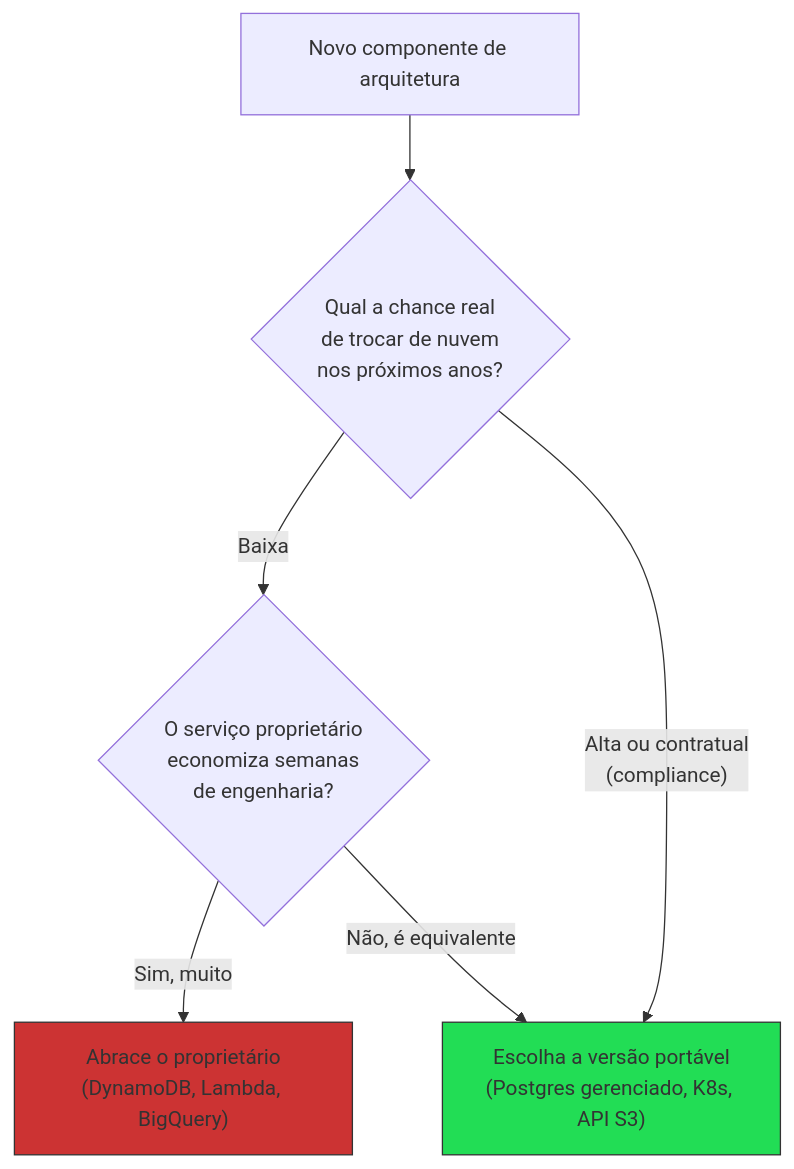
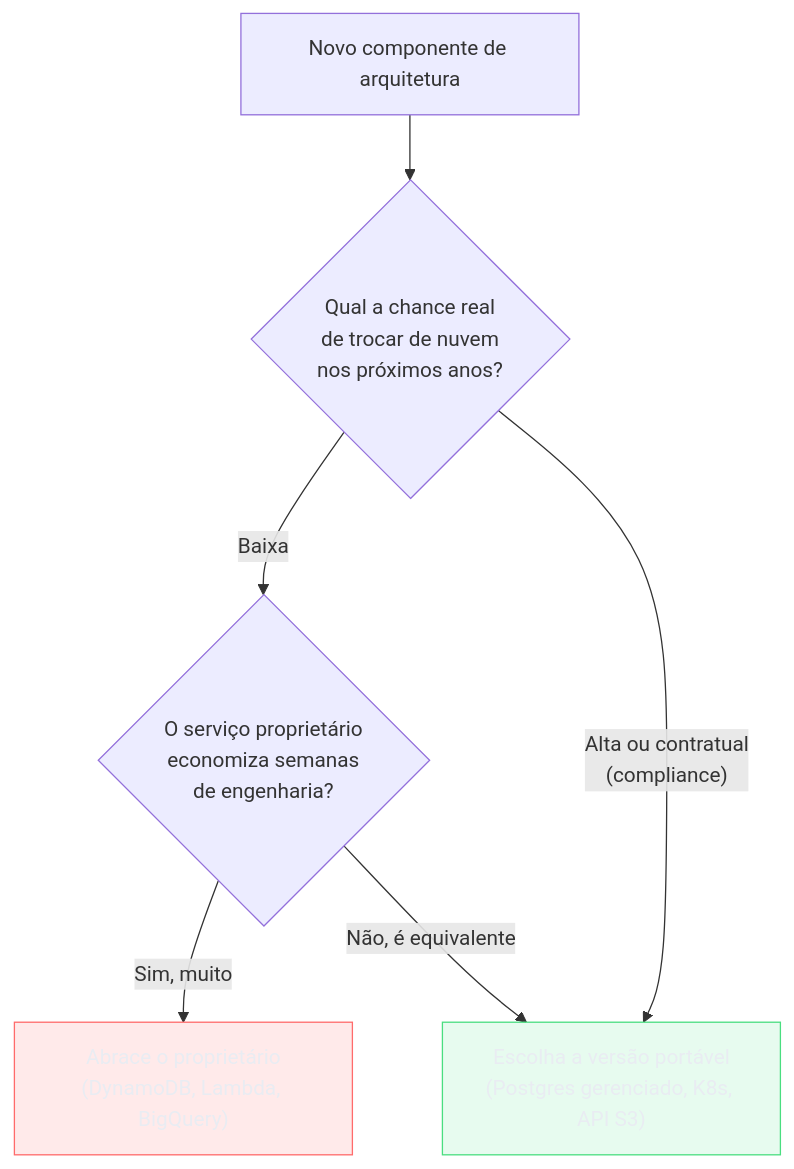
One commit to josenaldo/codex-technomanticus changed the third of 3 diagrams in 03-Dominios/Tecnologia/Cloud/23 - Panorama multi-cloud e portabilidade/05 - Lock-in e portabilidade — Kubernetes como camada.md. Above: the diagram before and after it, drawn with Mermaid. The commit also changed other lines of this file and 1181 other files, not shown here.

First line of the commit message:
fix(diagramas): paleta do sistema no lugar de cor cravada no markdown

````diff
--- a/03-Dominios/Tecnologia/Cloud/23 - Panorama multi-cloud e portabilidade/05 - Lock-in e portabilidade — Kubernetes como camada.md
+++ b/03-Dominios/Tecnologia/Cloud/23 - Panorama multi-cloud e portabilidade/05 - Lock-in e portabilidade — Kubernetes como camada.md
@@ -138,11 +142,13 @@
 ```mermaid
 flowchart TD
+    classDef falha fill:#FF6B6B24,stroke:#FF6B6B,color:#E9ECF2
+    classDef ok fill:#4ADE8021,stroke:#4ADE80,color:#E9ECF2
     Start["Novo componente de arquitetura"] --> Q1{"Qual a chance real<br/>de trocar de nuvem<br/>nos próximos anos?"}
     Q1 -->|"Baixa"| Q2{"O serviço proprietário<br/>economiza semanas<br/>de engenharia?"}
     Q1 -->|"Alta ou contratual<br/>(compliance)"| Portable["Escolha a versão portável<br/>(Postgres gerenciado, K8s, API S3)"]
     Q2 -->|"Sim, muito"| Proprietary["Abrace o proprietário<br/>(DynamoDB, Lambda, BigQuery)"]
     Q2 -->|"Não, é equivalente"| Portable
 
-    style Proprietary fill:#c33,stroke:#333
-    style Portable fill:#2d5,stroke:#333
+    class Proprietary falha
+    class Portable ok
 ```
````
